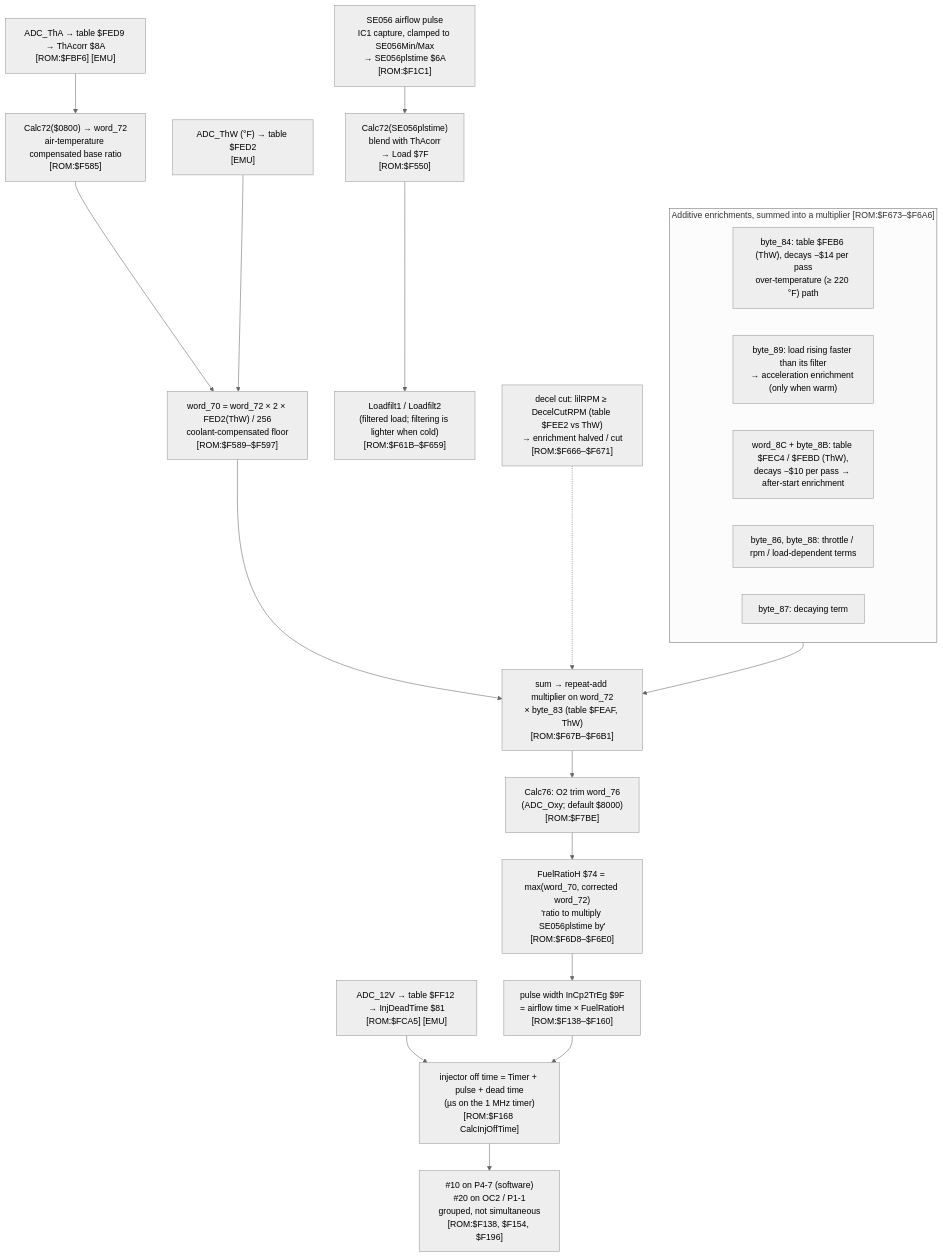
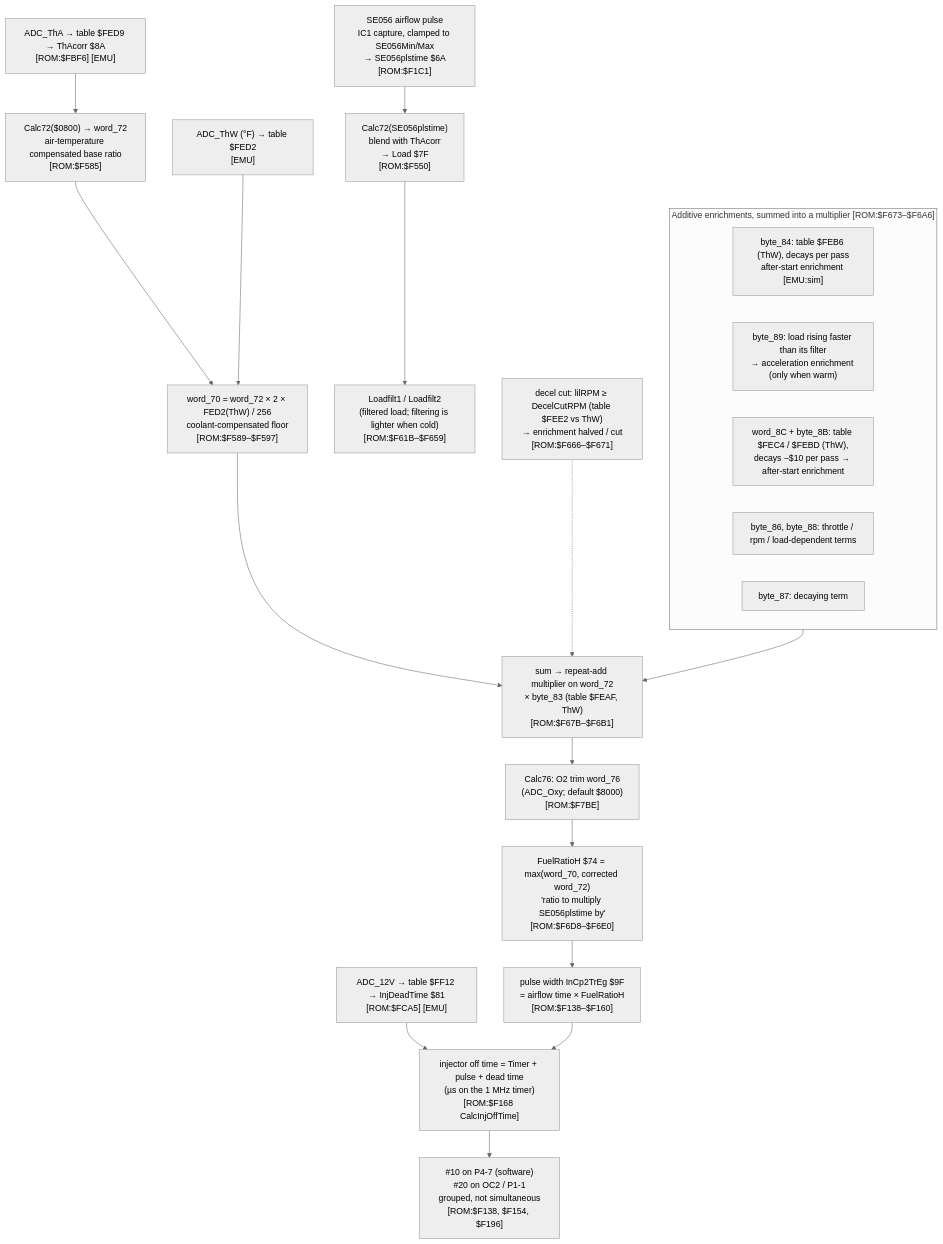
Before and after one commit to kurt-culley/Toyota-PCM-hacking: the first of 2 diagrams in docs/bluetop/fuel_chain.md, drawn with Mermaid (neutral theme). The commit also changed other lines of this file and 10 other files, not shown here.

First line of the commit message:
P2: Bluetop warm-up and after-start results from the whole-ROM simulation

````diff
--- a/docs/bluetop/fuel_chain.md
+++ b/docs/bluetop/fuel_chain.md
@@ -13,24 +13,24 @@
 ```mermaid
 flowchart TD
   AF["SE056 airflow pulse<br/>IC1 capture, clamped to SE056Min/Max<br/>→ SE056plstime $6A<br/>[ROM:$F1C1]"] --> LOAD
   THA["ADC_ThA → table $FED9 → ThAcorr $8A<br/>[ROM:$FBF6] [EMU]"] --> CALC72
   LOAD["Calc72(SE056plstime)<br/>blend with ThAcorr<br/>→ Load $7F<br/>[ROM:$F550]"] --> FILT["Loadfilt1 / Loadfilt2<br/>(filtered load; filtering is lighter when cold)<br/>[ROM:$F61B–$F659]"]
   CALC72["Calc72($0800) → word_72<br/>air-temperature compensated base ratio<br/>[ROM:$F585]"] --> W70
   THW1["ADC_ThW (°F) → table $FED2<br/>[EMU]"] --> W70["word_70 = word_72 × 2 × FED2(ThW) / 256<br/>coolant-compensated floor<br/>[ROM:$F589–$F597]"]
   subgraph ENR["Additive enrichments, summed into a multiplier [ROM:$F673–$F6A6]"]
-    E84["byte_84: table $FEB6 (ThW), decays −$14 per pass<br/>over-temperature (≥ 220 °F) path"]
+    E84["byte_84: table $FEB6 (ThW), decays per pass<br/>after-start enrichment [EMU:sim]"]
     E89["byte_89: load rising faster than its filter<br/>→ acceleration enrichment (only when warm)"]
     E8C["word_8C + byte_8B: table $FEC4 / $FEBD (ThW),<br/>decays −$10 per pass → after-start enrichment"]
     E86["byte_86, byte_88: throttle / rpm / load-dependent terms"]
     E87["byte_87: decaying term"]
   end
   W70 --> MIX
   ENR --> MIX["sum → repeat-add multiplier on word_72<br/>× byte_83 (table $FEAF, ThW)<br/>[ROM:$F67B–$F6B1]"]
   MIX --> O2["Calc76: O2 trim word_76<br/>(ADC_Oxy; default $8000)<br/>[ROM:$F7BE]"]
   O2 --> FR["FuelRatioH $74 = max(word_70, corrected word_72)<br/>'ratio to multiply SE056plstime by'<br/>[ROM:$F6D8–$F6E0]"]
   FR --> PW["pulse width InCp2TrEg $9F<br/>= airflow time × FuelRatioH<br/>[ROM:$F138–$F160]"]
   BAT["ADC_12V → table $FF12 → InjDeadTime $81<br/>[ROM:$FCA5] [EMU]"] --> OFF
   PW --> OFF["injector off time = Timer + pulse + dead time<br/>(µs on the 1 MHz timer)<br/>[ROM:$F168 CalcInjOffTime]"]
   OFF --> INJ["#10 on P4-7 (software)<br/>#20 on OC2 / P1-1<br/>grouped, not simultaneous<br/>[ROM:$F138, $F154, $F196]"]
   CUT["decel cut: lilRPM ≥ DecelCutRPM (table $FEE2 vs ThW)<br/>→ enrichment halved / cut<br/>[ROM:$F666–$F671]"] -.-> MIX
 ```
````
